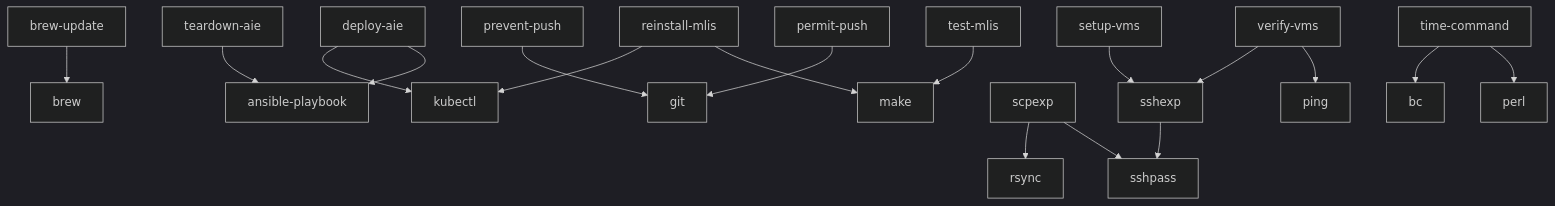
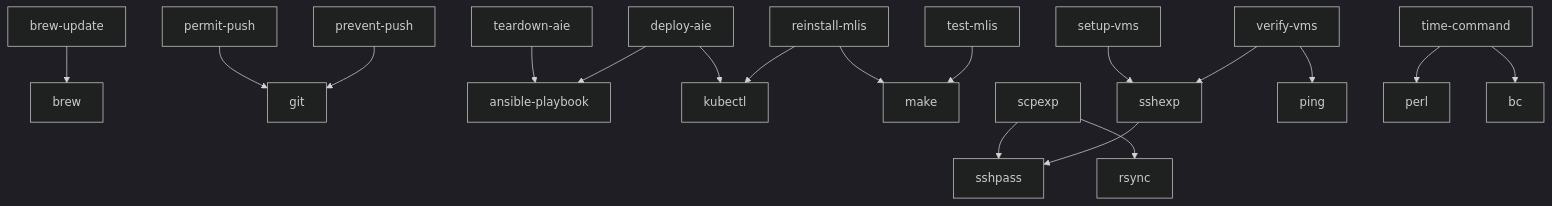
Before and after one commit to distortedsignal/hpe_toolkit: the diagram in README.md, drawn with Mermaid (dark theme).

Commit message:
Try to hint the mermaid chart a little better with spacing.

````diff
--- a/README.md
+++ b/README.md
@@ -165,20 +165,24 @@
 ```mermaid
 flowchart TD
     brew-update --> brew
+
+    permit-push --> git
+    prevent-push --> git
+
+    teardown-aie --> ansible-playbook
     deploy-aie --> ansible-playbook
     deploy-aie --> kubectl
-    permit-push --> git
-    prevent-push --> git
     reinstall-mlis --> make
     reinstall-mlis --> kubectl
+    test-mlis --> make
+
     scpexp --> sshpass
     scpexp --> rsync
     setup-vms --> sshexp
     sshexp --> sshpass
-    teardown-aie --> ansible-playbook
-    test-mlis --> make
+    verify-vms --> ping
+    verify-vms --> sshexp
+
     time-command --> perl
     time-command --> bc
-    verify-vms --> ping
-    verify-vms --> sshexp
 ```
````
